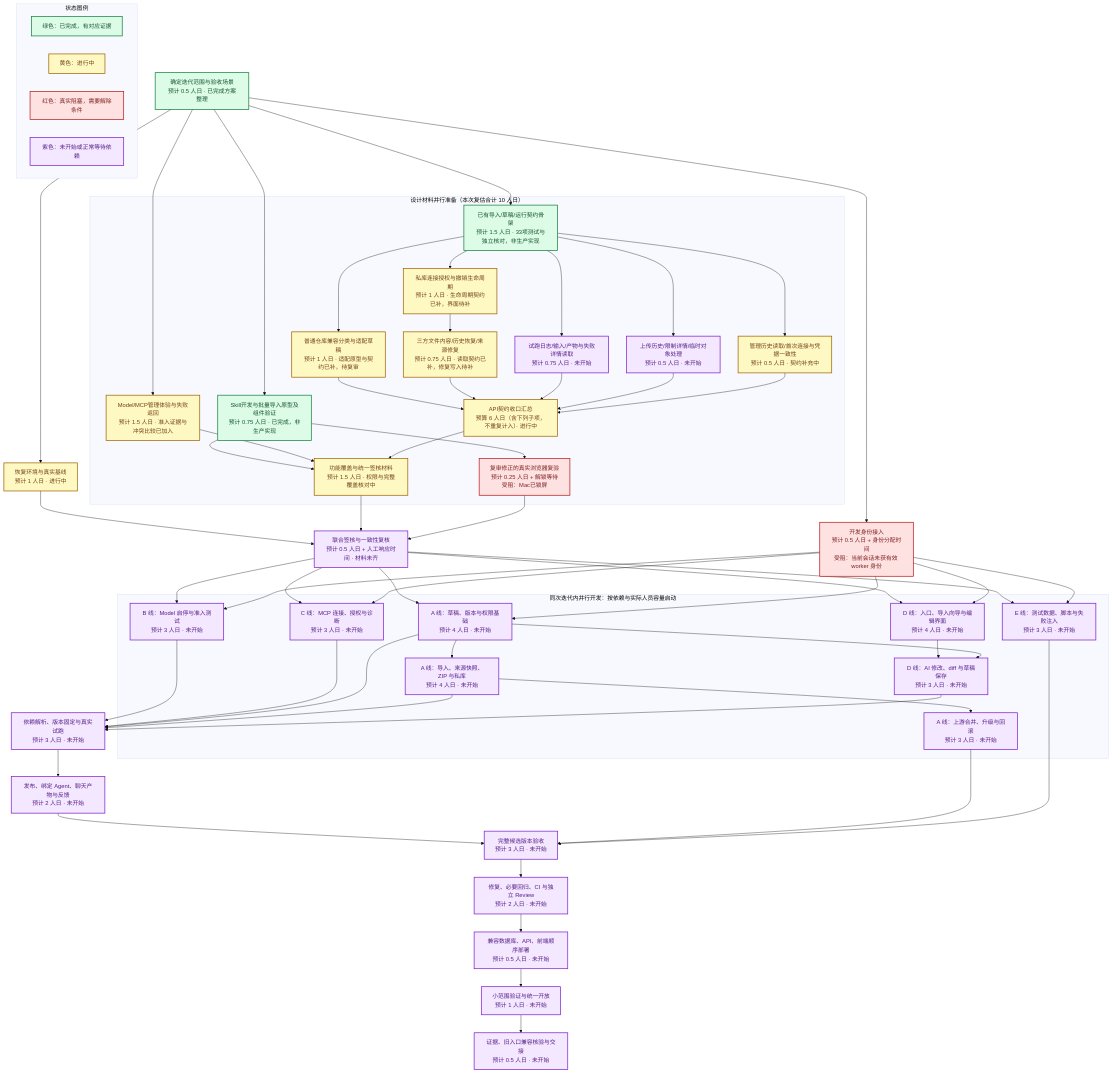
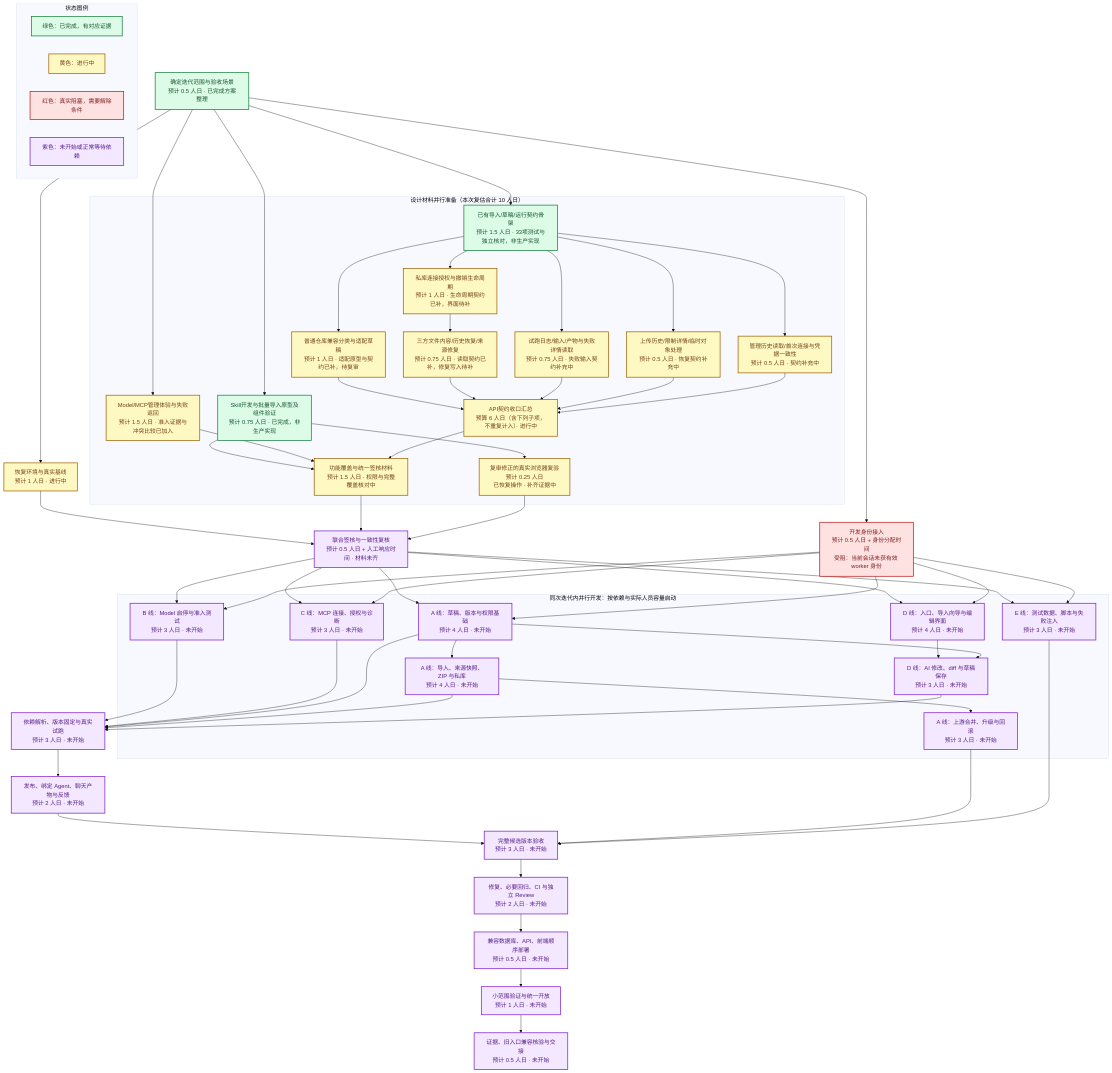
The diagram in docs/design/ai-capability-studio-e2e-plan-2026-09-09.md (boardx/workspacex), drawn with Mermaid (base theme) before and after one commit. The commit also changed 17 other files, not shown here.

````diff
--- a/docs/design/ai-capability-studio-e2e-plan-2026-09-09.md
+++ b/docs/design/ai-capability-studio-e2e-plan-2026-09-09.md
@@ -216,7 +216,7 @@
     A --> B["恢复环境与真实基线<br/>预计 1 人日 · 进行中"]
     subgraph DESIGN["设计材料并行准备（本次复估合计 10 人日）"]
         C1["Skill开发与批量导入原型及组件验证<br/>预计 0.75 人日 · 已完成，非生产实现"]
-        Y["复审修正的真实浏览器复验<br/>预计 0.25 人日 + 解锁等待<br/>受阻：Mac已锁屏"]
+        Y["复审修正的真实浏览器复验<br/>预计 0.25 人日<br/>已恢复操作 · 补齐证据中"]
         C2["Model/MCP管理体验与失败返回<br/>预计 1.5 人日 · 准入证据与冲突比较已加入"]
         C3["API契约收口汇总<br/>预算 6 人日（含下列子项，不重复计入）· 进行中"]
         C4["功能覆盖与统一签核材料<br/>预计 1.5 人日 · 权限与完整覆盖核对中"]
@@ -226,9 +226,9 @@
         C30["已有导入/草稿/运行契约骨架<br/>预计 1.5 人日 · 33项测试与独立核对，非生产实现"]
         C31["普通仓库兼容分类与适配草稿<br/>预计 1 人日 · 适配原型与契约已补，待复审"]
         C32["私库连接授权与撤销生命周期<br/>预计 1 人日 · 生命周期契约已补，界面待补"]
-        C33["试跑日志/输入/产物与失败详情读取<br/>预计 0.75 人日 · 未开始"]
+        C33["试跑日志/输入/产物与失败详情读取<br/>预计 0.75 人日 · 失败输入契约补充中"]
         C34["三方文件内容/历史恢复/来源修复<br/>预计 0.75 人日 · 读取契约已补，修复写入待补"]
-        C35["上传历史/限制详情/临时对象处理<br/>预计 0.5 人日 · 未开始"]
+        C35["上传历史/限制详情/临时对象处理<br/>预计 0.5 人日 · 恢复契约补充中"]
         C36["管理历史读取/首次连接与凭据一致性<br/>预计 0.5 人日 · 契约补充中"]
         C30 --> C31 --> C3
         C30 --> C32 --> C34 --> C3
@@ -296,7 +296,7 @@
     classDef blocked fill:#fee2e2,stroke:#b91c1c,color:#7f1d1d,stroke-width:2px;
     classDef pending fill:#f3e8ff,stroke:#7e22ce,color:#581c87,stroke-width:2px;
     class A,C1,C30,LG done;
-    class B,C2,C3,C4,C31,C32,C34,C36,LY active;
-    class X,Y,LR blocked;
-    class C33,C35,G,D,I,U,M,P,F,E,T,R,H,V,J,K,L,Z,LP pending;
+    class B,C2,C3,C4,C31,C32,C33,C34,C35,C36,Y,LY active;
+    class X,LR blocked;
+    class G,D,I,U,M,P,F,E,T,R,H,V,J,K,L,Z,LP pending;
 ```
````
